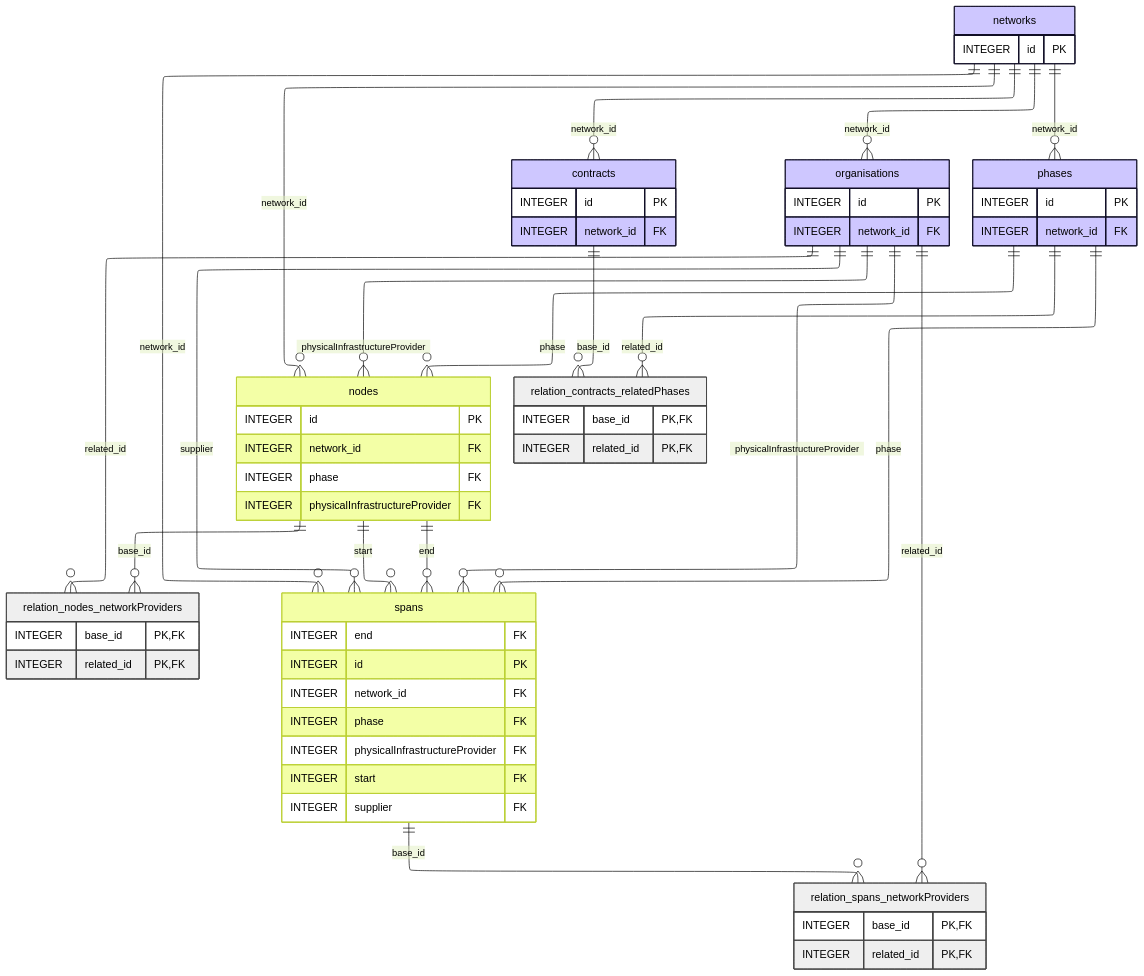
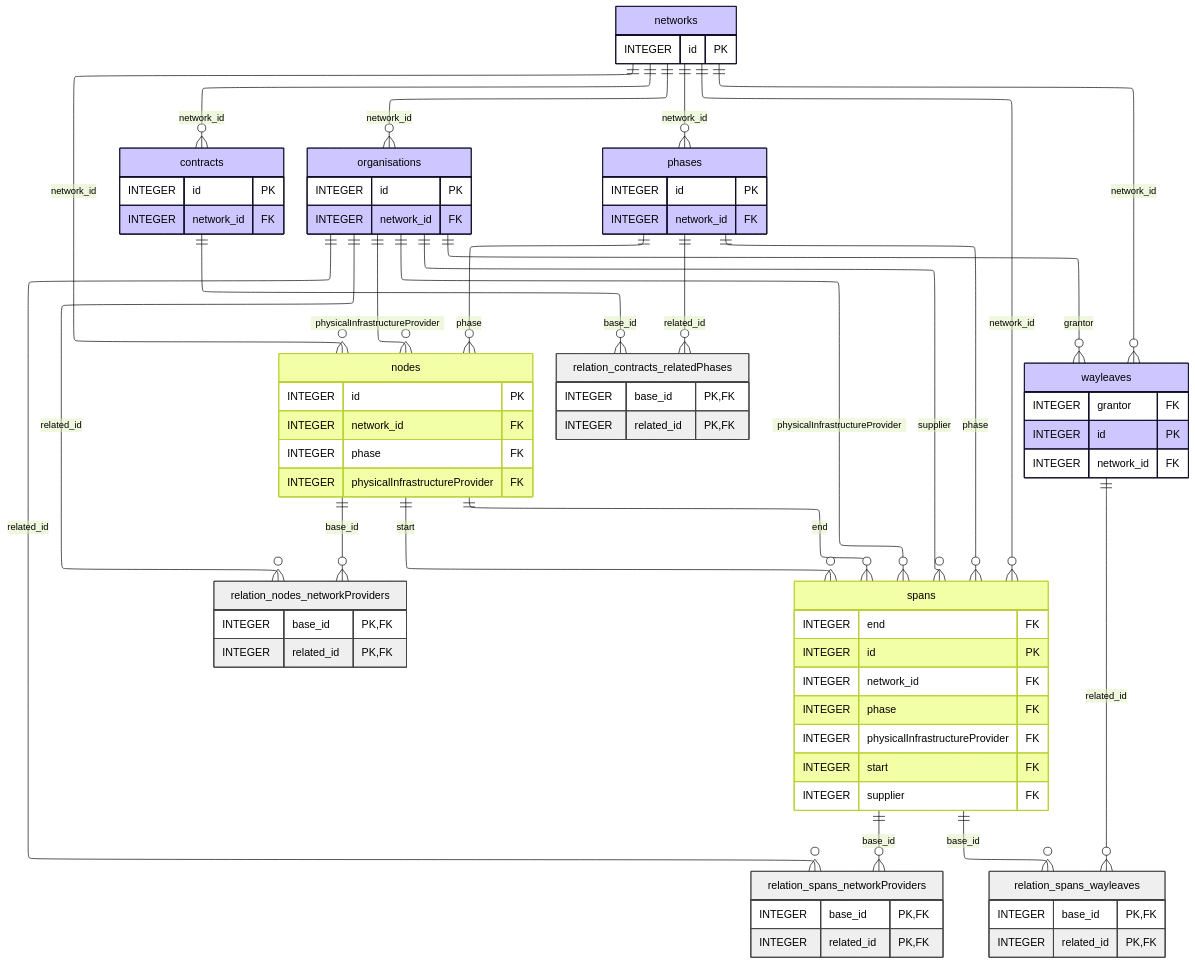
Before and after one commit to Open-Telecoms-Data/open-fibre-data-standard: the diagram in docs/reference/publication_formats/geopackage/geopackage.mmd, drawn with Mermaid (forest theme). The commit also changed 23 other files, not shown here.

Commit message:
schema: Add wayleaves

```diff
--- a/docs/reference/publication_formats/geopackage/geopackage.mmd
+++ b/docs/reference/publication_formats/geopackage/geopackage.mmd
@@ -1,83 +1,98 @@
 ---
 config:
   layout: elk
 ---
 erDiagram
     contracts {
         INTEGER id PK 
         INTEGER network_id FK 
     }
 
     networks {
         INTEGER id PK 
     }
 
     nodes {
         INTEGER id PK 
         INTEGER network_id FK 
         INTEGER phase FK 
         INTEGER physicalInfrastructureProvider FK 
     }
 
     organisations {
         INTEGER id PK 
         INTEGER network_id FK 
     }
 
     phases {
         INTEGER id PK 
         INTEGER network_id FK 
     }
 
     relation_contracts_relatedPhases {
         INTEGER base_id PK,FK 
         INTEGER related_id PK,FK 
     }
 
     relation_nodes_networkProviders {
         INTEGER base_id PK,FK 
         INTEGER related_id PK,FK 
     }
 
     relation_spans_networkProviders {
         INTEGER base_id PK,FK 
         INTEGER related_id PK,FK 
     }
 
+    relation_spans_wayleaves {
+        INTEGER base_id PK,FK 
+        INTEGER related_id PK,FK 
+    }
+
     spans {
         INTEGER end FK 
         INTEGER id PK 
         INTEGER network_id FK 
         INTEGER phase FK 
         INTEGER physicalInfrastructureProvider FK 
         INTEGER start FK 
         INTEGER supplier FK 
     }
 
+    wayleaves {
+        INTEGER grantor FK 
+        INTEGER id PK 
+        INTEGER network_id FK 
+    }
+
     contracts }o--|| networks : "network_id"
     relation_contracts_relatedPhases }o--|| contracts : "base_id"
     nodes }o--|| networks : "network_id"
     organisations }o--|| networks : "network_id"
     phases }o--|| networks : "network_id"
     spans }o--|| networks : "network_id"
+    wayleaves }o--|| networks : "network_id"
     nodes }o--|| organisations : "physicalInfrastructureProvider"
     nodes }o--|| phases : "phase"
     relation_nodes_networkProviders }o--|| nodes : "base_id"
     spans }o--|| nodes : "end"
     spans }o--|| nodes : "start"
     relation_nodes_networkProviders }o--|| organisations : "related_id"
     relation_spans_networkProviders }o--|| organisations : "related_id"
     spans }o--|| organisations : "physicalInfrastructureProvider"
     spans }o--|| organisations : "supplier"
+    wayleaves }o--|| organisations : "grantor"
     relation_contracts_relatedPhases }o--|| phases : "related_id"
     spans }o--|| phases : "phase"
     relation_spans_networkProviders }o--|| spans : "base_id"
+    relation_spans_wayleaves }o--|| spans : "base_id"
+    relation_spans_wayleaves }o--|| wayleaves : "related_id"
 
     classDef feature fill:#f3ffa6ff,stroke:#bbd034
     classDef attribute fill:#cec7ffff,stroke:#110e27
     classDef mapping fill:#efefefff,stroke:#434343ff
 
     class nodes,spans feature
-    class networks,organisations,phases,contracts attribute
-    class relation_contracts_relatedPhases,relation_spans_networkProviders,relation_nodes_networkProviders mapping
+    class networks,organisations,phases,contracts,wayleaves attribute
+    class relation_contracts_relatedPhases,relation_spans_networkProviders,relation_spans_wayleaves,relation_nodes_networkProviders mapping
     direction BT
```
